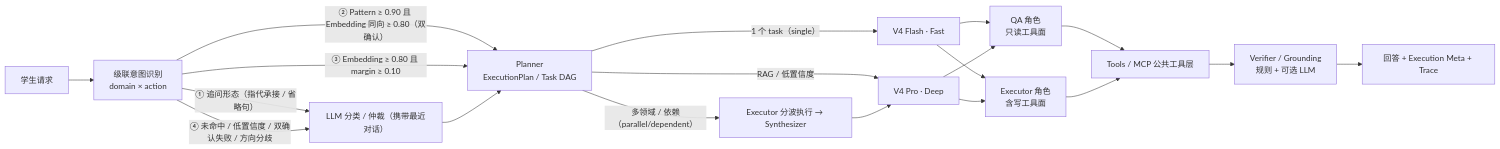
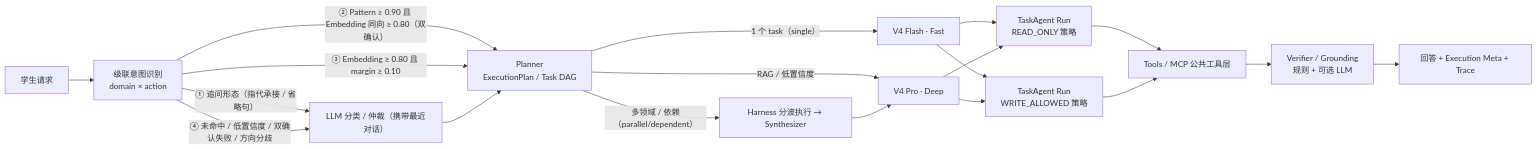
The first of 2 diagrams in README.md (iam-epiphany/XDU-EchoGuide), drawn with Mermaid before and after one commit. The commit also changed other lines of this file and 12 other files, not shown here.

````diff
--- a/README.md
+++ b/README.md
@@ -47,21 +47,21 @@
 ```mermaid
 flowchart LR
     U["学生请求"] --> G["级联意图识别<br/>domain × action"]
     G -->|"① 追问形态（指代承接 / 省略句）"| L["LLM 分类 / 仲裁（携带最近对话）"]
     G -->|"② Pattern ≥ 0.90 且 Embedding 同向 ≥ 0.80（双确认）"| P["Planner<br/>ExecutionPlan / Task DAG"]
     G -->|"③ Embedding ≥ 0.80 且 margin ≥ 0.10"| P
     G -->|"④ 未命中 / 低置信度 / 双确认失败 / 方向分歧"| L
     L --> P
     P -->|"1 个 task（single）"| F["V4 Flash · Fast"]
     P -->|"RAG / 低置信度"| D["V4 Pro · Deep"]
-    P -->|"多领域 / 依赖（parallel/dependent）"| X["Executor 分波执行 → Synthesizer"]
+    P -->|"多领域 / 依赖（parallel/dependent）"| X["Harness 分波执行 → Synthesizer"]
     X --> D
-    F --> Q["QA 角色<br/>只读工具面"]
+    F --> Q["TaskAgent Run<br/>READ_ONLY 策略"]
     D --> Q
-    F --> E["Executor 角色<br/>含写工具面"]
+    F --> E["TaskAgent Run<br/>WRITE_ALLOWED 策略"]
     D --> E
     Q --> T["Tools / MCP 公共工具层"]
     E --> T
     T --> V["Verifier / Grounding<br/>规则 + 可选 LLM"]
     V --> R["回答 + Execution Meta + Trace"]
 ```
````
